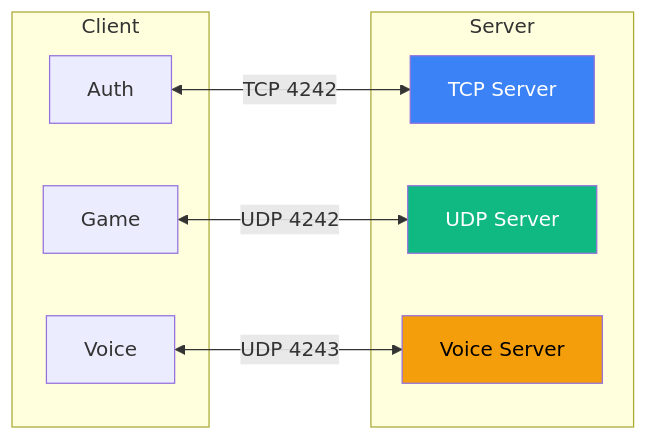
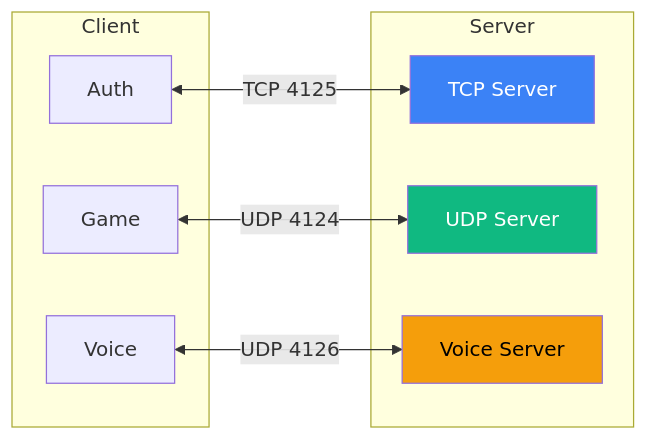
Before and after one commit to ChrisG-L/rtype: the first of 2 diagrams in docs/technique/architecture/protocoles.md, drawn with Mermaid. The commit also changed other lines of this file and 29 other files, not shown here.

````diff
--- a/docs/technique/architecture/protocoles.md
+++ b/docs/technique/architecture/protocoles.md
@@ -20,22 +20,22 @@
 ```mermaid
 flowchart LR
     subgraph Client
         C1[Auth]
         C2[Game]
         C3[Voice]
     end
 
     subgraph Server
         S1[TCP Server]
         S2[UDP Server]
         S3[Voice Server]
     end
 
-    C1 <-->|TCP 4242| S1
-    C2 <-->|UDP 4242| S2
-    C3 <-->|UDP 4243| S3
+    C1 <-->|TCP 4125| S1
+    C2 <-->|UDP 4124| S2
+    C3 <-->|UDP 4126| S3
 
     style S1 fill:#3b82f6,color:#fff
     style S2 fill:#10b981,color:#fff
     style S3 fill:#f59e0b,color:#000
 ```
````
